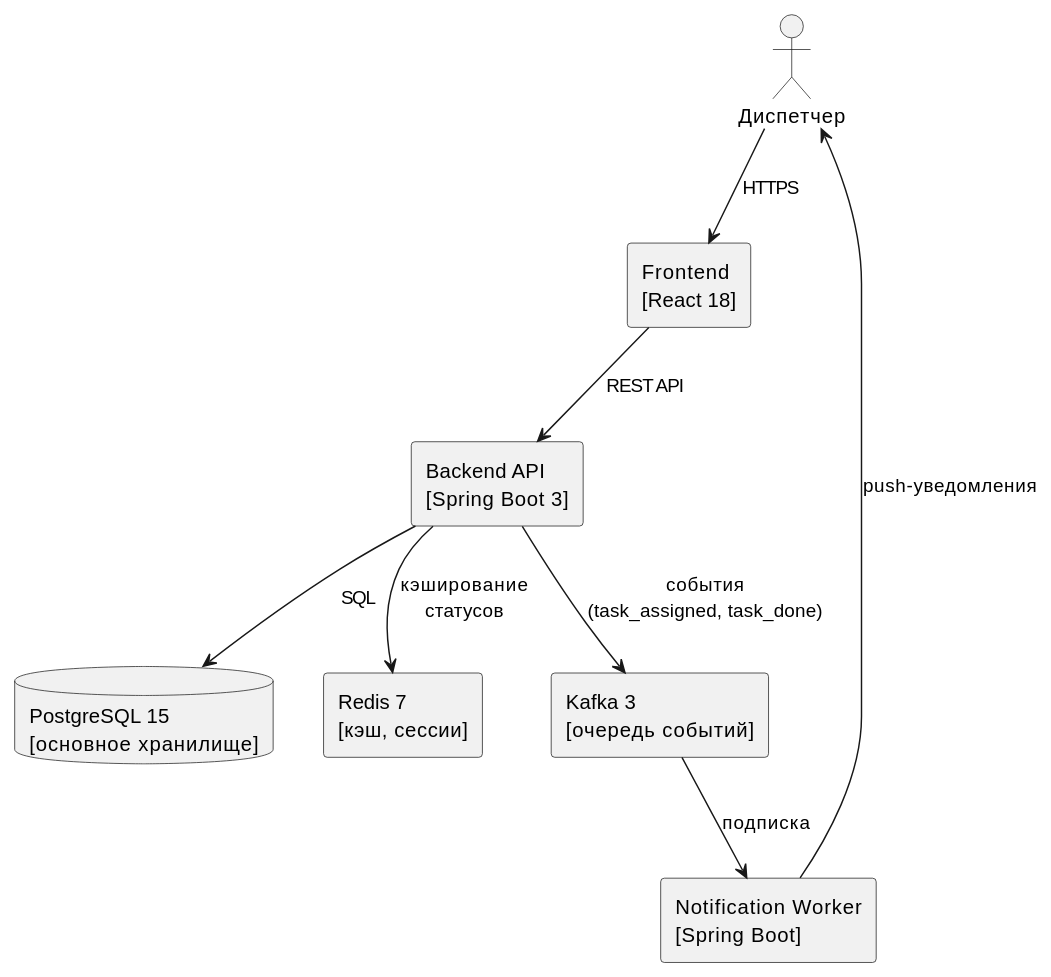
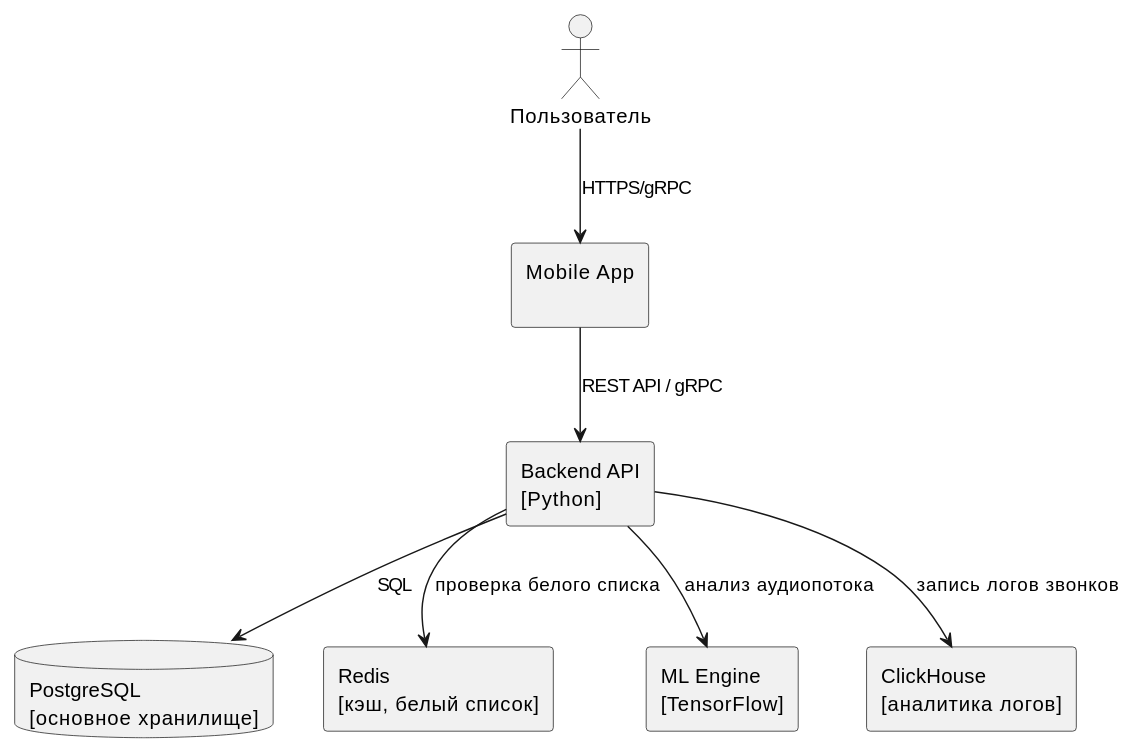
The second of 2 diagrams in antifraud-docs/docs/architecture/architecture.md (yauhenkaaa/t-academy_documentation_task), drawn with PlantUML before and after one commit. The commit also changed other lines of this file and 8 other files, not shown here.

````diff
--- a/antifraud-docs/docs/architecture/architecture.md
+++ b/antifraud-docs/docs/architecture/architecture.md
@@ -38,21 +35,19 @@
 ```plantuml
 @startuml
-actor "Диспетчер" as dispatcher
+actor "Пользователь" as user
 
-rectangle "Frontend\n[React 18]" as frontend
-rectangle "Backend API\n[Spring Boot 3]" as backend
-database "PostgreSQL 15\n[основное хранилище]" as db
-rectangle "Redis 7\n[кэш, сессии]" as redis
-rectangle "Kafka 3\n[очередь событий]" as kafka
-rectangle "Notification Worker\n[Spring Boot]" as worker
+rectangle "Mobile App\n" as mobile
+rectangle "Backend API\n[Python]" as backend
+database "PostgreSQL\n[основное хранилище]" as db
+rectangle "Redis\n[кэш, белый список]" as redis
+rectangle "ML Engine\n[TensorFlow]" as ml
+rectangle "ClickHouse\n[аналитика логов]" as logs
 
-dispatcher --> frontend : HTTPS
-frontend --> backend : REST API
+user --> mobile : HTTPS/gRPC
+mobile --> backend : REST API / gRPC
 backend --> db : SQL
-backend --> redis : кэширование\nстатусов
-backend --> kafka : события\n(task_assigned, task_done)
-kafka --> worker : подписка
-worker --> dispatcher : push-уведомления
-
+backend --> redis : проверка белого списка
+backend --> ml : анализ аудиопотока
+backend --> logs : запись логов звонков
 @enduml
 ```
````
